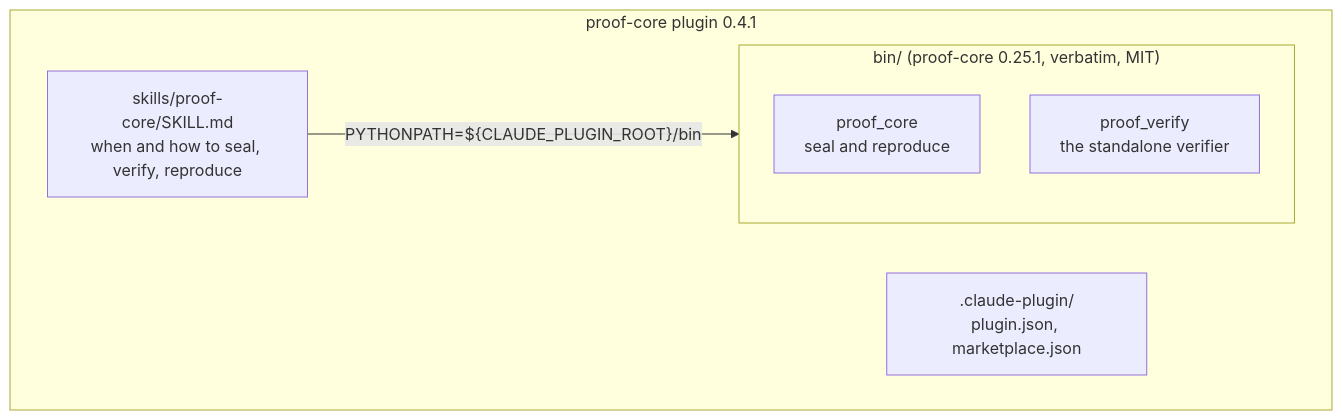
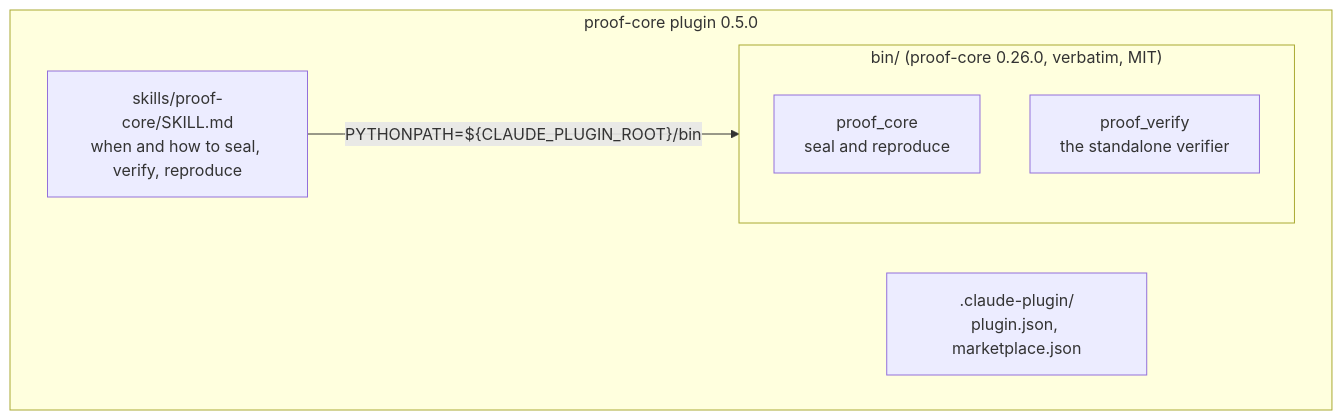
Before and after one commit to SMRFORGE/proof-core: the second of 3 diagrams in README.md, drawn with Mermaid. The commit also changed other lines of this file and 11 other files, not shown here.

First line of the commit message:
chore: re-vendor proof-core v0.26.0; plugin 0.5.0

````diff
--- a/README.md
+++ b/README.md
@@ -75,12 +75,12 @@
 ```mermaid
 flowchart TB
-    subgraph plugin["proof-core plugin 0.4.1"]
+    subgraph plugin["proof-core plugin 0.5.0"]
         MAN[".claude-plugin/<br/>plugin.json, marketplace.json"]
         SKILL["skills/proof-core/SKILL.md<br/>when and how to seal, verify, reproduce"]
-        subgraph bin["bin/ (proof-core 0.25.1, verbatim, MIT)"]
+        subgraph bin["bin/ (proof-core 0.26.0, verbatim, MIT)"]
             PC["proof_core<br/>seal and reproduce"]
             PV["proof_verify<br/>the standalone verifier"]
         end
     end
     SKILL -->|"PYTHONPATH=${CLAUDE_PLUGIN_ROOT}/bin"| bin
 ```
````
